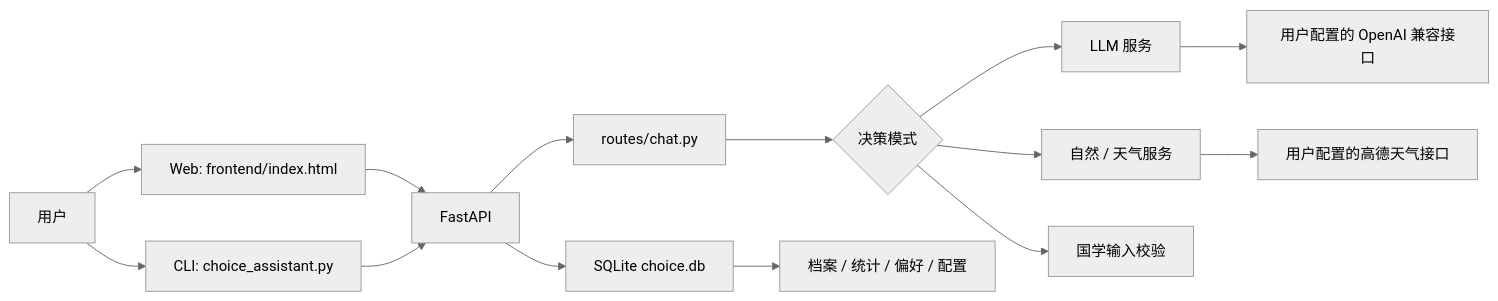
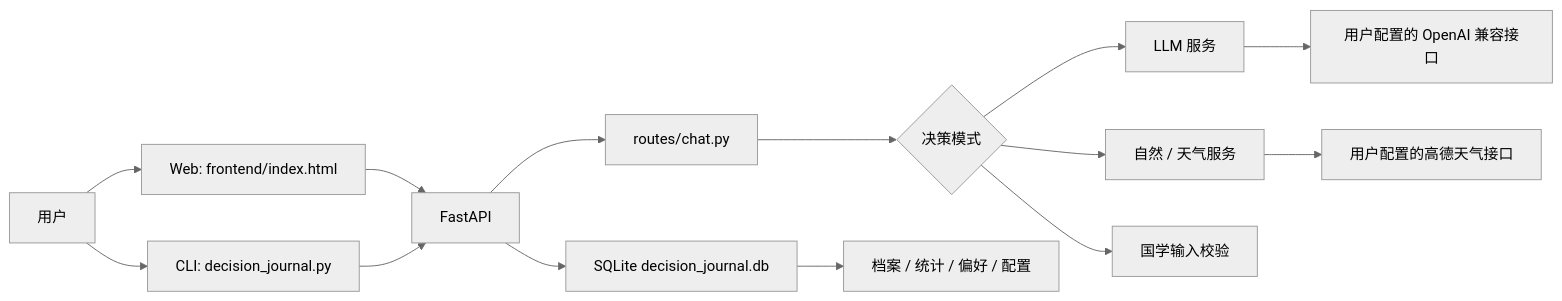
One commit to mianbaofang/decision-journal changed the diagram in PROJECT_HANDOVER.md. Above: the diagram before and after it, drawn with Mermaid (neutral theme). The commit also changed other lines of this file and 84 other files, not shown here.

First line of the commit message:
refactor!: unify identity to decision-journal

````diff
--- a/PROJECT_HANDOVER.md
+++ b/PROJECT_HANDOVER.md
@@ -90,16 +90,16 @@
 ```mermaid
 flowchart LR
     U["用户"] --> W["Web: frontend/index.html"]
-    U --> C["CLI: choice_assistant.py"]
+    U --> C["CLI: decision_journal.py"]
     W --> A["FastAPI"]
     C --> A
     A --> R["routes/chat.py"]
     R --> M{"决策模式"}
     M --> L["LLM 服务"]
     M --> N["自然 / 天气服务"]
     M --> B["国学输入校验"]
-    A --> D["SQLite choice.db"]
+    A --> D["SQLite decision_journal.db"]
     D --> H["档案 / 统计 / 偏好 / 配置"]
     L --> O["用户配置的 OpenAI 兼容接口"]
     N --> T["用户配置的高德天气接口"]
 ```
````
